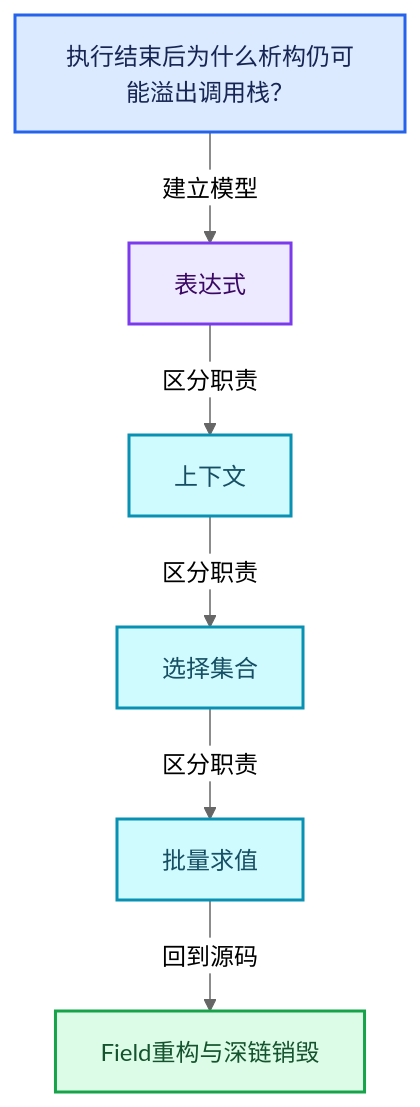
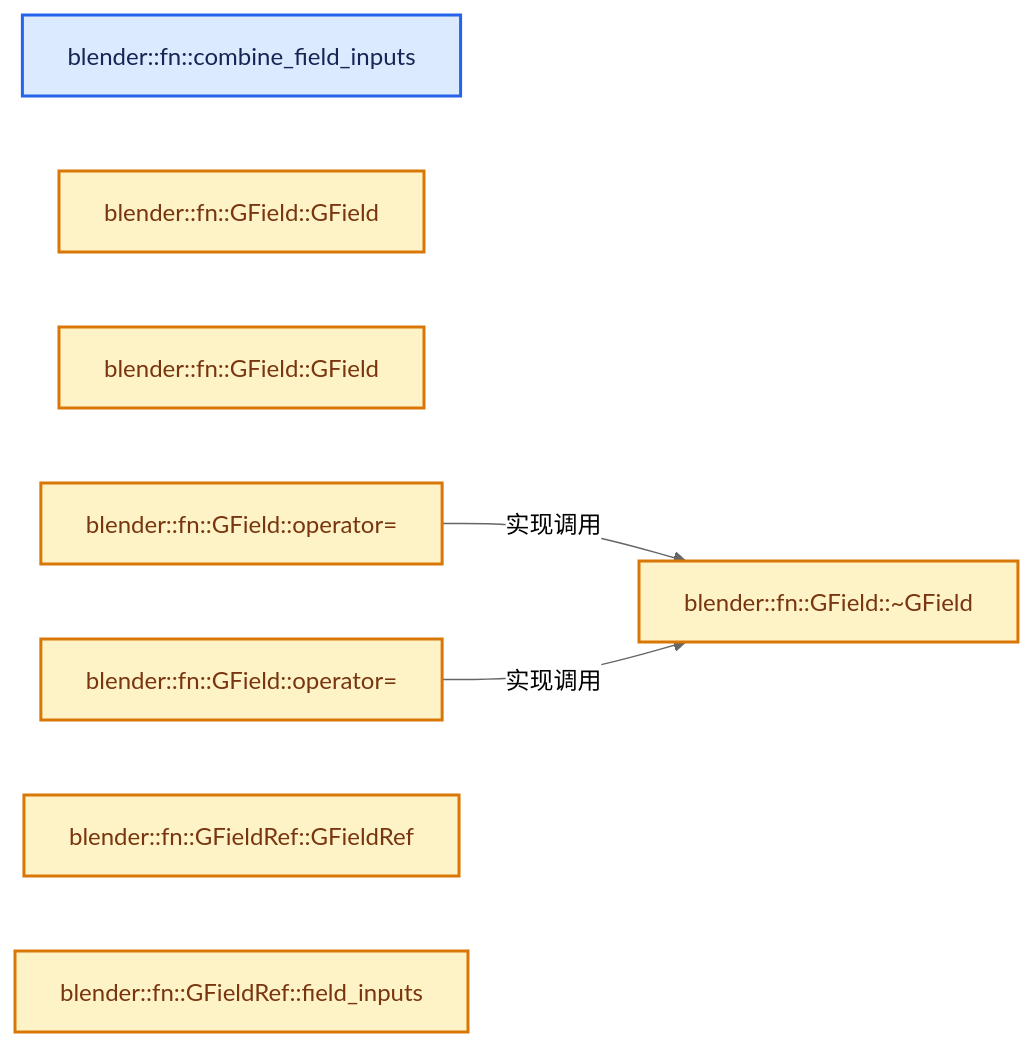
One commit to yunkezengren/blender-.vscode changed the second of 4 diagrams in 杂/markdown/全面学习-codex/08-Field表达式与求值/12-Field重构与深链销毁.md. Above: the diagram before and after it, drawn with Mermaid (neutral theme). The commit also changed other lines of this file and 1930 other files, not shown here.

````diff
--- a/杂/markdown/全面学习-codex/08-Field表达式与求值/12-Field重构与深链销毁.md
+++ b/杂/markdown/全面学习-codex/08-Field表达式与求值/12-Field重构与深链销毁.md
@@ -58,20 +46,19 @@
 ```mermaid
-flowchart TB
-  Q["执行结束后为什么析构仍可能溢出调用栈？"]:::input
-  C0["表达式"]:::abstraction
-  C1["上下文"]:::data
-  C2["选择集合"]:::data
-  C3["批量求值"]:::data
-  R["Field重构与深链销毁"]:::result
-  Q -->|"建立模型"| C0
-  C0 -->|"区分职责"| C1
-  C1 -->|"区分职责"| C2
-  C2 -->|"区分职责"| C3
-  C3 -->|"回到源码"| R
+flowchart LR
+  F0["blender::fn::combine_field_inputs"]:::input
+  F1["blender::fn::GField::GField"]:::compute
+  F2["blender::fn::GField::GField"]:::compute
+  F3["blender::fn::GField::operator="]:::compute
+  F4["blender::fn::GField::operator="]:::compute
+  F5["blender::fn::GField::~GField"]:::compute
+  F6["blender::fn::GFieldRef::GFieldRef"]:::compute
+  F7["blender::fn::GFieldRef::field_inputs"]:::compute
+  F3 -->|"实现调用"| F5
+  F4 -->|"实现调用"| F5
   classDef input fill:#DBEAFE,stroke:#2563EB,color:#172554,stroke-width:2px;
   classDef data fill:#CFFAFE,stroke:#0891B2,color:#164E63,stroke-width:2px;
   classDef abstraction fill:#EDE9FE,stroke:#7C3AED,color:#3B0764,stroke-width:2px;
   classDef compute fill:#FEF3C7,stroke:#D97706,color:#78350F,stroke-width:2px;
   classDef result fill:#DCFCE7,stroke:#16A34A,color:#14532D,stroke-width:2px;
   classDef error fill:#FEE2E2,stroke:#DC2626,color:#7F1D1D,stroke-width:2px;
 ```
````
